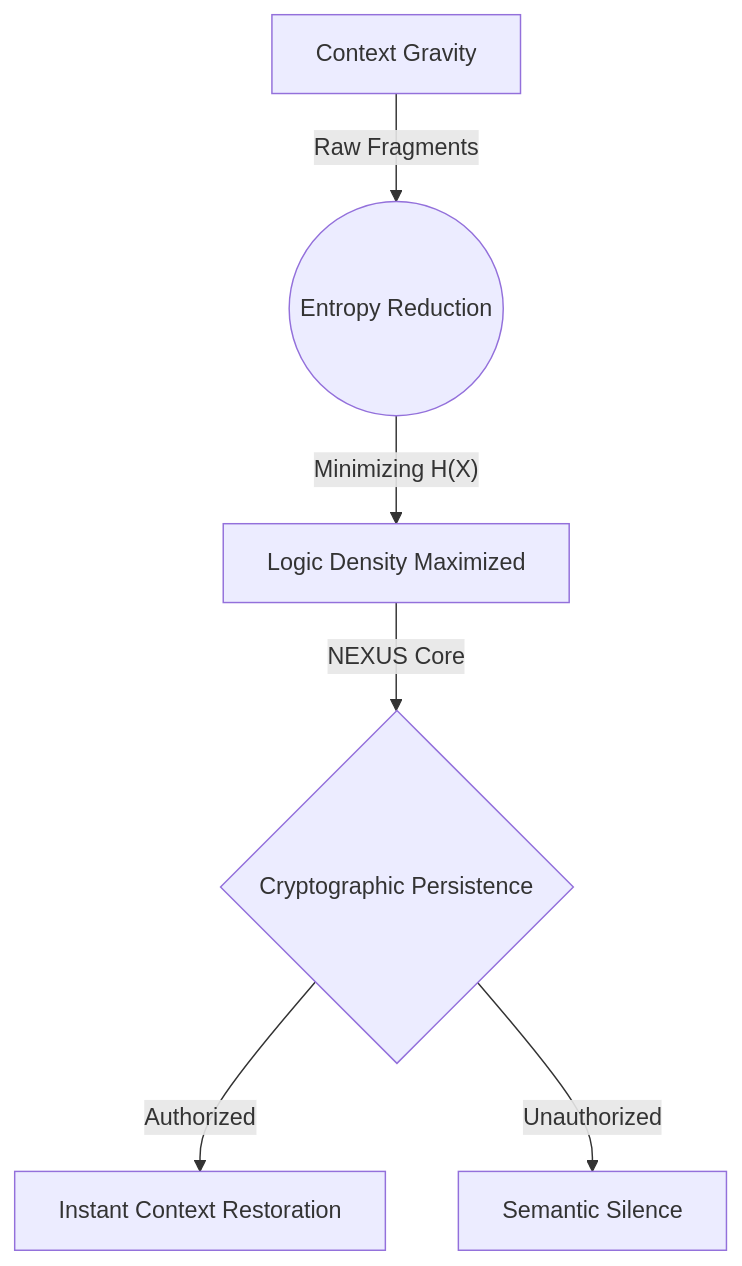
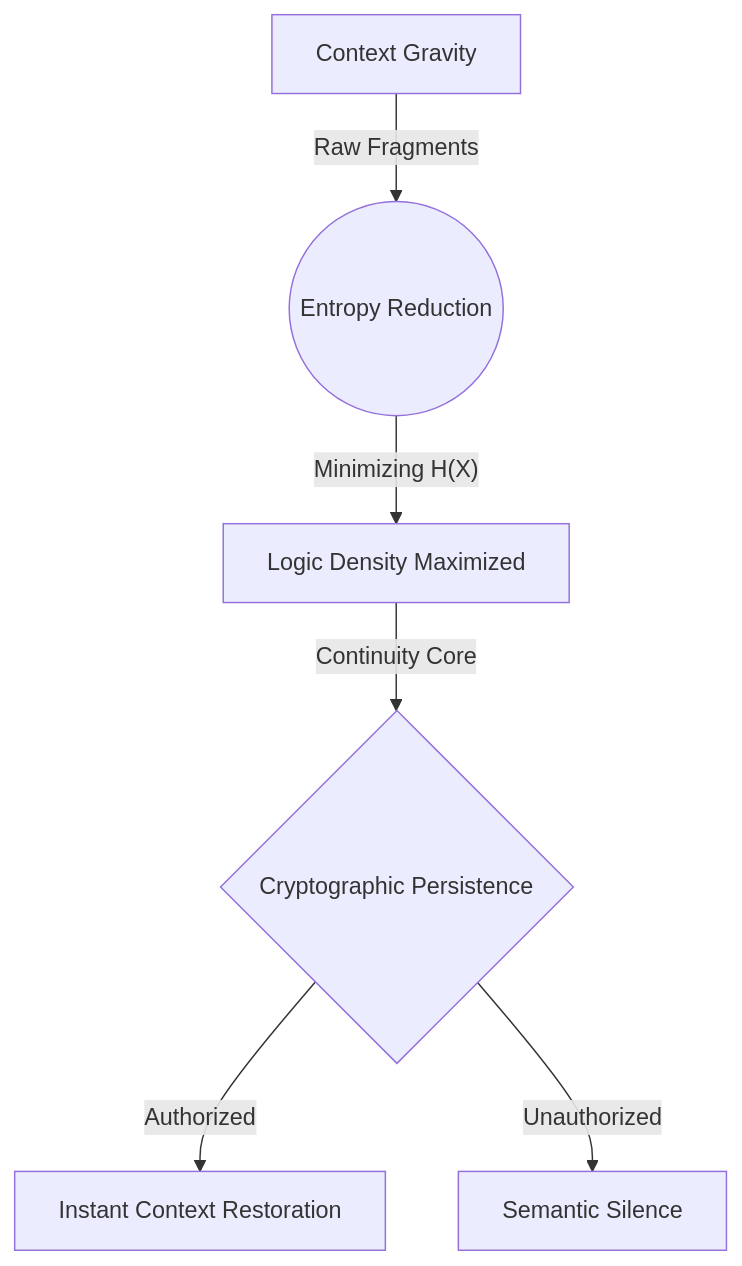
The third of 3 diagrams in README.md (SteveBlackbeard/CHRONOLITH-by-Ethernium), drawn with Mermaid before and after one commit. The commit also changed other lines of this file and 35 other files, not shown here.

````diff
--- a/README.md
+++ b/README.md
@@ -268,8 +268,8 @@
 ```mermaid
 graph TD
     A[Context Gravity] -- "Raw Fragments" --> B((Entropy Reduction))
     B -- "Minimizing H(X)" --> C[Logic Density Maximized]
-    C -- "NEXUS Core" --> D{Cryptographic Persistence}
+    C -- "Continuity Core" --> D{Cryptographic Persistence}
     D -- "Authorized" --> E[Instant Context Restoration]
     D -- "Unauthorized" --> F[Semantic Silence]
 ```
````
